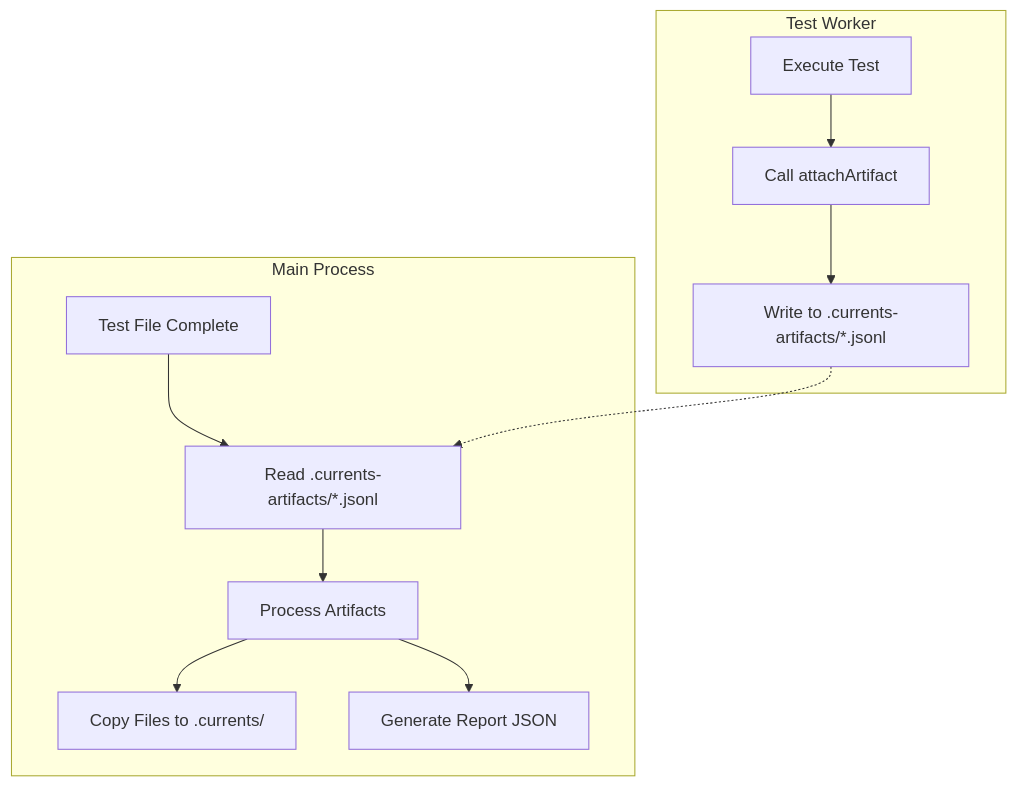
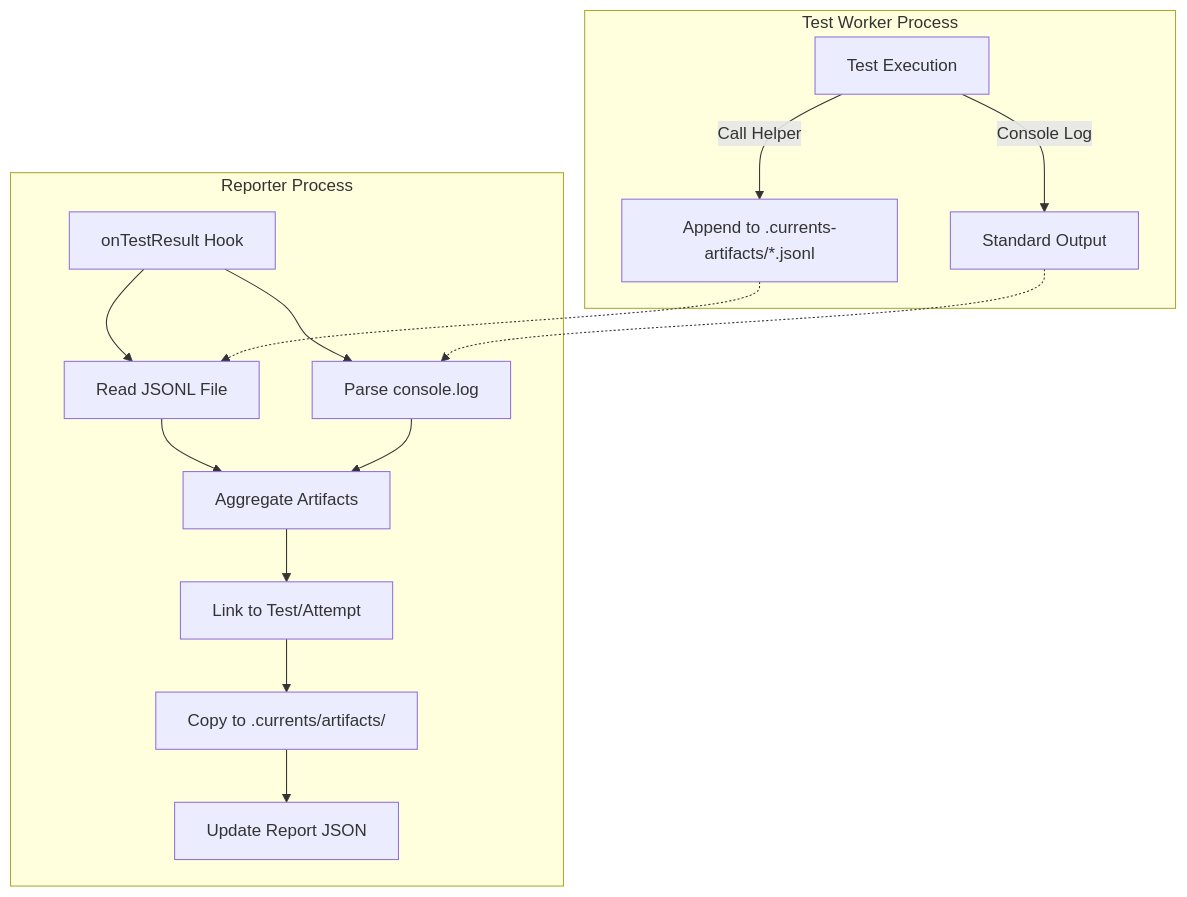
One commit to currents-dev/currents-reporter changed the diagram in packages/jest/src/artifacts.md. Above: the diagram before and after it, drawn with Mermaid. The commit also changed other lines of this file and 2 other files, not shown here.

````diff
--- a/packages/jest/src/artifacts.md
+++ b/packages/jest/src/artifacts.md
@@ -110,16 +36,25 @@
 ```mermaid
 flowchart TD
-    subgraph Worker["Test Worker"]
-        Exec["Execute Test"] --> Attach["Call attachArtifact"]
-        Attach --> Write["Write to .currents-artifacts/*.jsonl"]
+    subgraph Worker["Test Worker Process"]
+        Exec["Test Execution"]
+        Exec -->|Call Helper| Write["Append to .currents-artifacts/*.jsonl"]
+        Exec -->|Console Log| Stdout["Standard Output"]
     end
 
-    subgraph Main["Main Process"]
-        End["Test File Complete"] --> Read["Read .currents-artifacts/*.jsonl"]
-        Read --> Process["Process Artifacts"]
-        Process --> Copy["Copy Files to .currents/"]
-        Process --> Report["Generate Report JSON"]
+    subgraph Main["Reporter Process"]
+        OnResult["onTestResult Hook"]
+        
+        OnResult --> ReadFile["Read JSONL File"]
+        OnResult --> ParseLogs["Parse console.log"]
+        
+        ReadFile --> Aggregate["Aggregate Artifacts"]
+        ParseLogs --> Aggregate
+        
+        Aggregate --> Link["Link to Test/Attempt"]
+        Link --> Copy["Copy to .currents/artifacts/"]
+        Copy --> Report["Update Report JSON"]
     end
 
-    Write -.-> Read
+    Write -.-> ReadFile
+    Stdout -.-> ParseLogs
 ```
````
